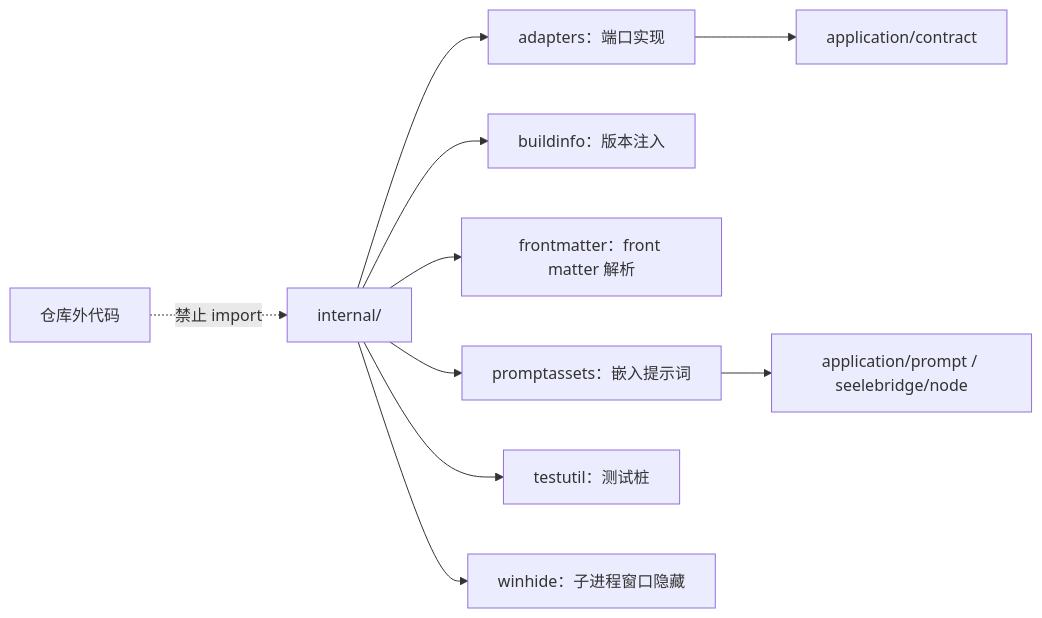
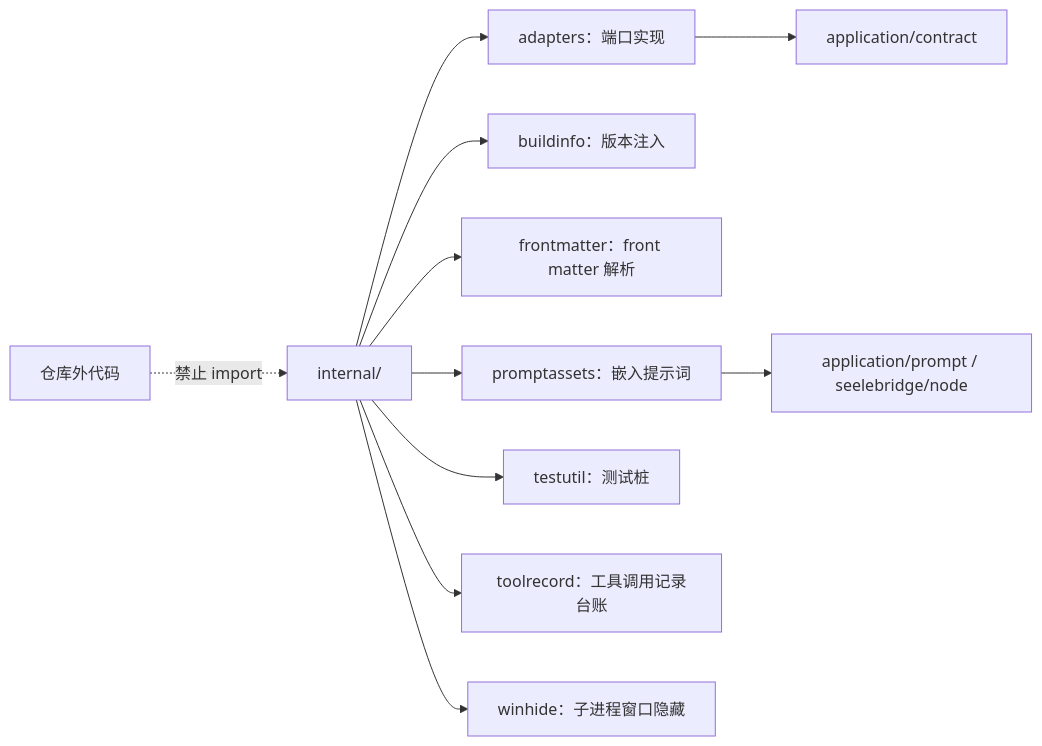
One commit to RedHuang-0622/seelex changed the diagram in internal/README.md. Above: the diagram before and after it, drawn with Mermaid. The commit also changed other lines of this file and 67 other files, not shown here.

````diff
--- a/internal/README.md
+++ b/internal/README.md
@@ -20,12 +21,13 @@
 ```mermaid
 flowchart LR
     OUT["仓库外代码"] -.->|禁止 import| INTERNAL["internal/"]
     INTERNAL --> A["adapters：端口实现"]
     INTERNAL --> B["buildinfo：版本注入"]
     INTERNAL --> F["frontmatter：front matter 解析"]
     INTERNAL --> P["promptassets：嵌入提示词"]
     INTERNAL --> T["testutil：测试桩"]
+    INTERNAL --> M["toolrecord：工具调用记录台账"]
     INTERNAL --> W["winhide：子进程窗口隐藏"]
     A --> APP["application/contract"]
     P --> PROMPT["application/prompt / seelebridge/node"]
 ```
````
